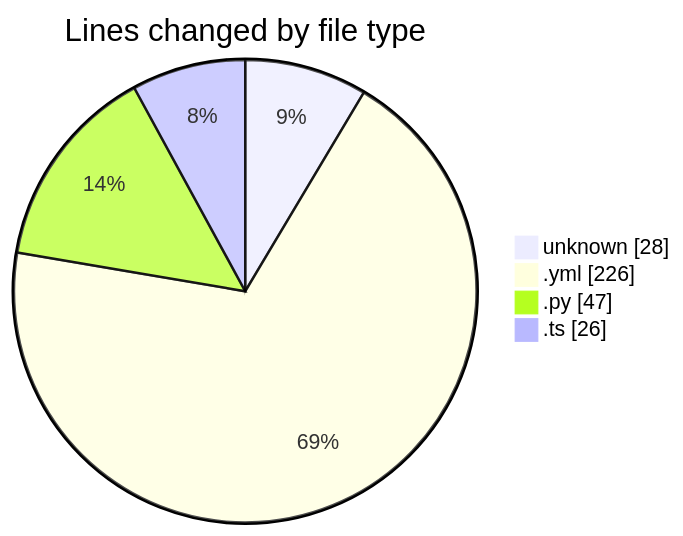
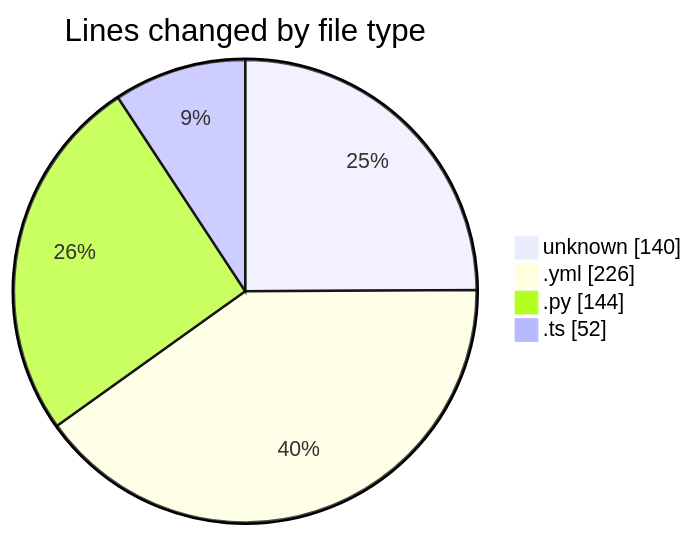
One commit to Elitesun/code-tracking changed the first of 2 diagrams in 2025-05-13/niten/README.md. Above: the diagram before and after it, drawn with Mermaid. The commit also changed other lines of this file and 1 other file, not shown here.

````diff
--- a/2025-05-13/niten/README.md
+++ b/2025-05-13/niten/README.md
@@ -26,8 +26,8 @@
 ```mermaid
 pie showData
 title Lines changed by file type
-"unknown" : 28
+"unknown" : 140
 ".yml" : 226
-".py" : 47
-".ts" : 26
+".py" : 144
+".ts" : 52
 ```
````
